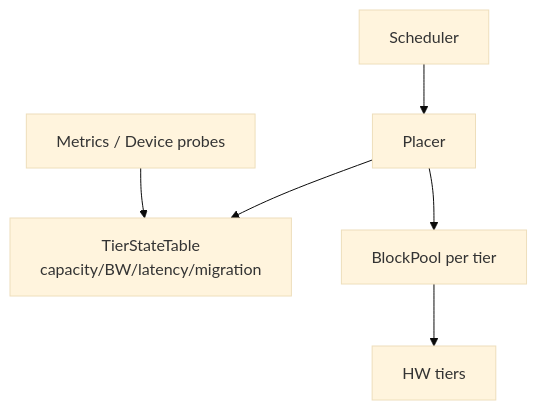
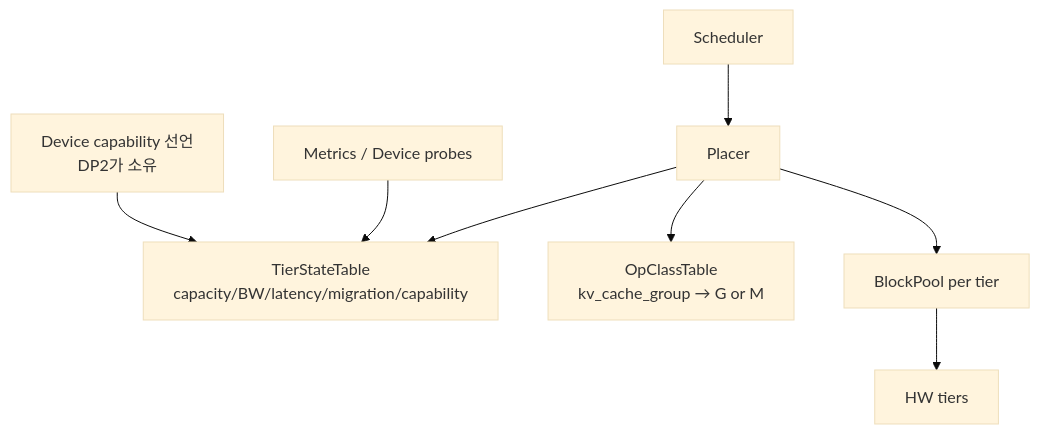
Before and after one commit to mkim0628/vllm: the first of 8 diagrams in doc-mk/vllm-dp1-placement-decision-basis.md, drawn with Mermaid (base theme). The commit also changed other lines of this file, not shown here.

````diff
--- a/doc-mk/vllm-dp1-placement-decision-basis.md
+++ b/doc-mk/vllm-dp1-placement-decision-basis.md
@@ -280,8 +348,10 @@
 ```mermaid
 flowchart TD
   S[Scheduler] --> P[Placer]
-  P --> T[TierStateTable<br/>capacity/BW/latency/migration]
+  P --> T[TierStateTable<br/>capacity/BW/latency/migration/capability]
+  P --> O[OpClassTable<br/>kv_cache_group → G or M]
   P --> B[BlockPool per tier]
   M[Metrics / Device probes] --> T
+  D[Device capability 선언<br/>DP2가 소유] --> T
   B --> H[HW tiers]
 ```
````
